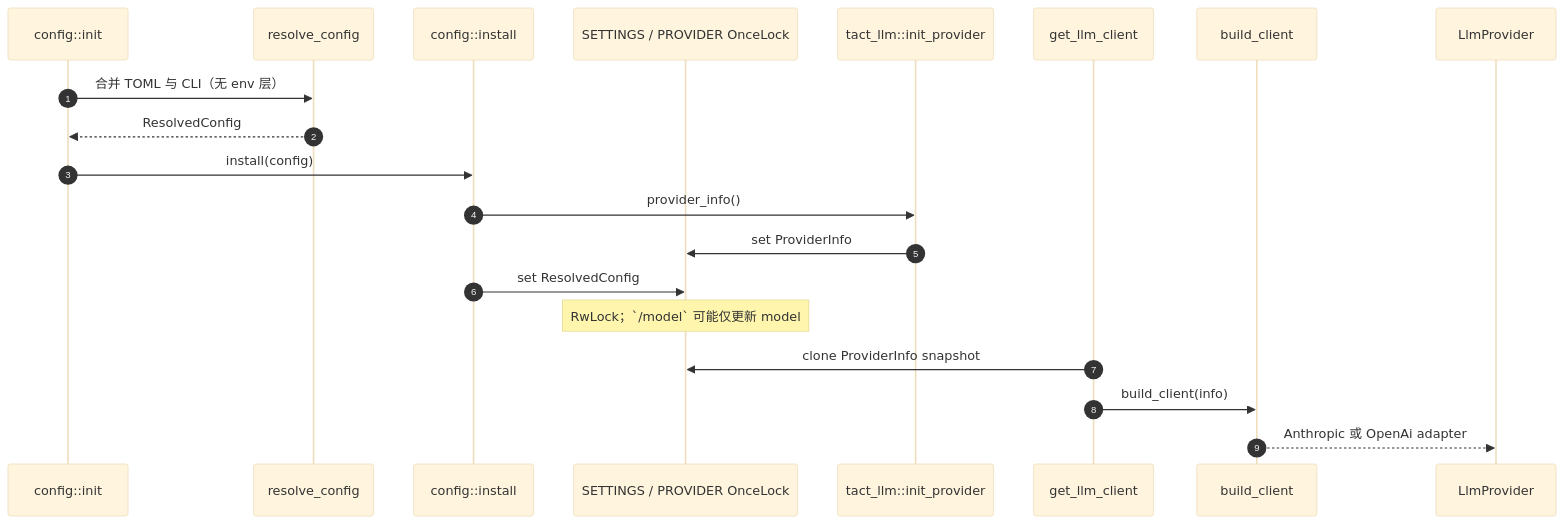
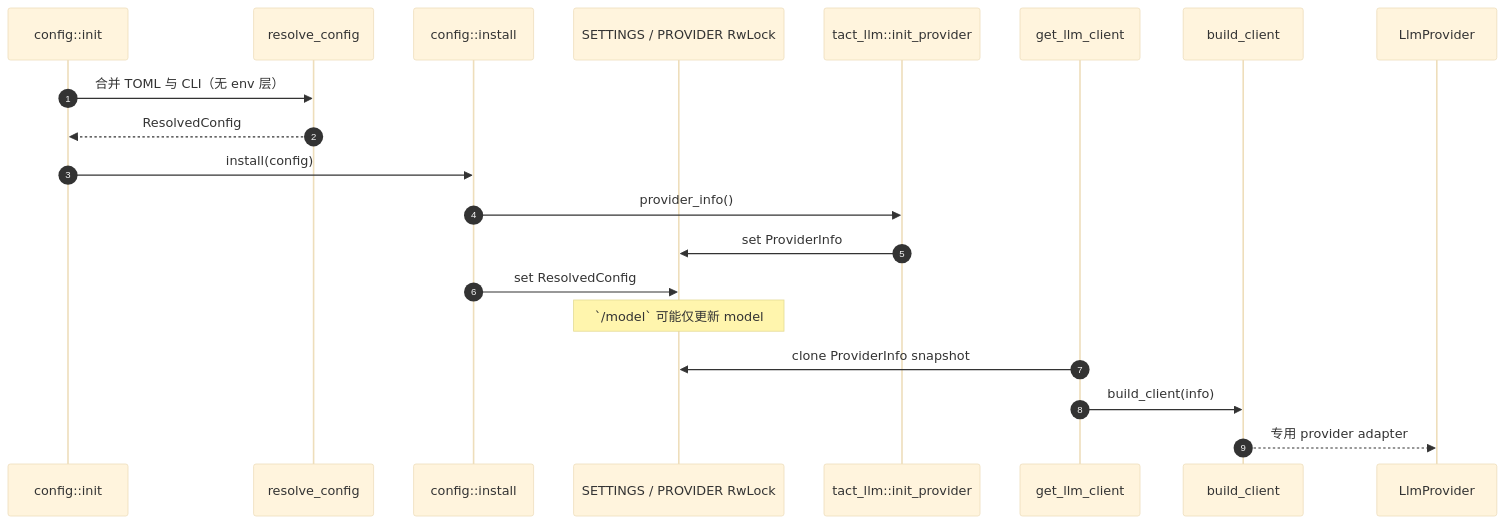
Before and after one commit to rust-infra/tact: the second of 5 diagrams in book/22_chapter_llm_zh.md, drawn with Mermaid (base theme). The commit also changed other lines of this file and 5 other files, not shown here.

````diff
--- a/book/22_chapter_llm_zh.md
+++ b/book/22_chapter_llm_zh.md
@@ -79,23 +79,23 @@
 ```mermaid
 sequenceDiagram
     autonumber
     participant Init as config::init
     participant Resolve as resolve_config
     participant Install as config::install
-    participant Once as SETTINGS / PROVIDER OnceLock
+    participant State as SETTINGS / PROVIDER RwLock
     participant LlmInit as tact_llm::init_provider
     participant Get as get_llm_client
     participant Build as build_client
     participant Provider as LlmProvider
 
     Init->>Resolve: 合并 TOML 与 CLI（无 env 层）
     Resolve-->>Init: ResolvedConfig
     Init->>Install: install(config)
     Install->>LlmInit: provider_info()
-    LlmInit->>Once: set ProviderInfo
-    Install->>Once: set ResolvedConfig
-    Note over Once: RwLock；`/model` 可能仅更新 model
-    Get->>Once: clone ProviderInfo snapshot
+    LlmInit->>State: set ProviderInfo
+    Install->>State: set ResolvedConfig
+    Note over State: `/model` 可能仅更新 model
+    Get->>State: clone ProviderInfo snapshot
     Get->>Build: build_client(info)
-    Build-->>Provider: Anthropic 或 OpenAi adapter
+    Build-->>Provider: 专用 provider adapter
 ```
````
